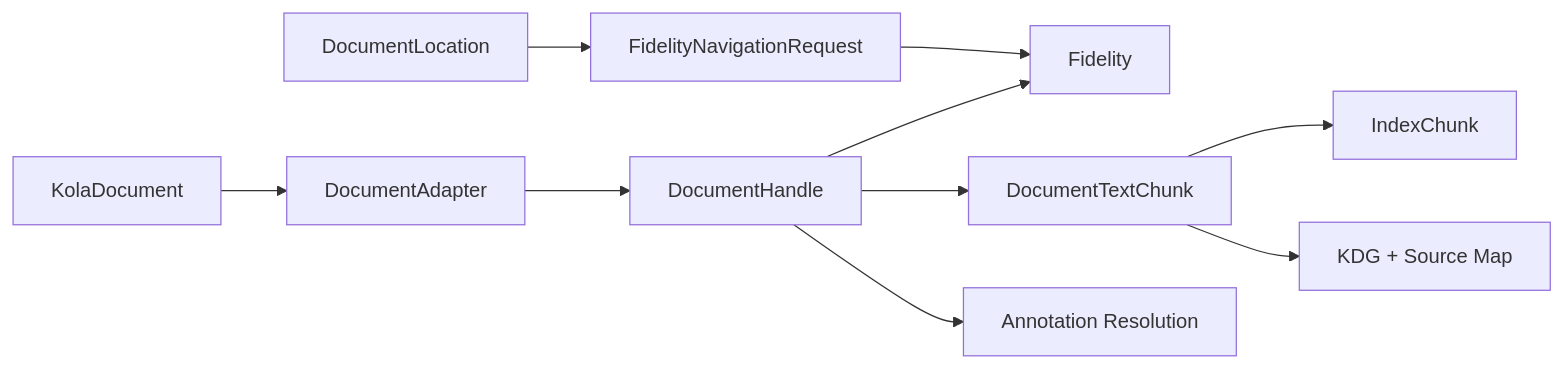
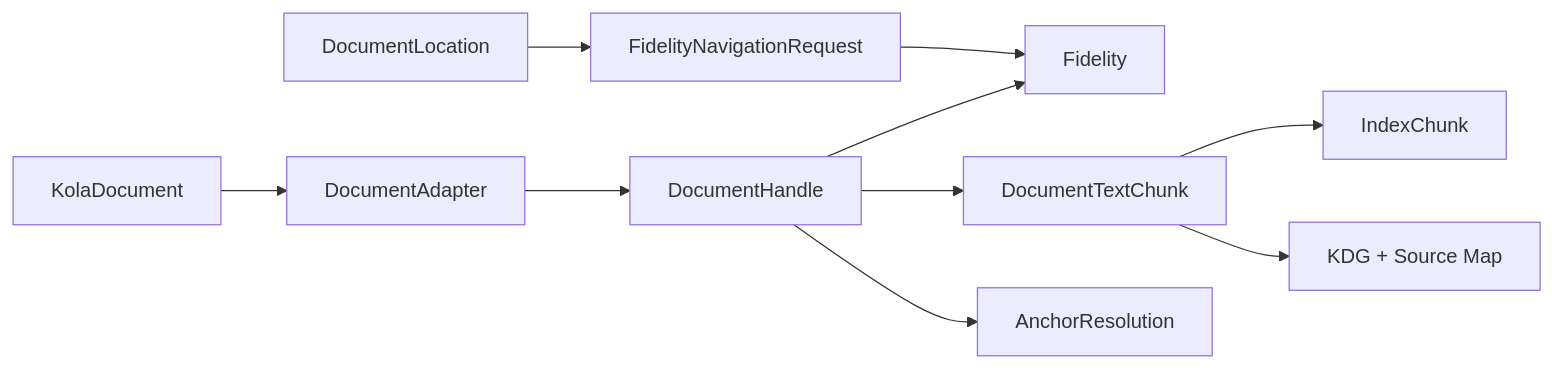
One commit to aaditya140103/kola changed diagram 11 of 15 in docs/PROJECT_GRAPH.md. Above: the diagram before and after it, drawn with Mermaid. The commit also changed other lines of this file, not shown here.

Commit message:
Document conservative anchor recovery flow

````diff
--- a/docs/PROJECT_GRAPH.md
+++ b/docs/PROJECT_GRAPH.md
@@ -179,10 +208,10 @@
 ```mermaid
 flowchart LR
     Doc[KolaDocument] --> Adapter[DocumentAdapter] --> Handle[DocumentHandle]
     Handle --> Fidelity[Fidelity]
     Handle --> Text[DocumentTextChunk]
     Text --> Index[IndexChunk]
     Text --> KDG[KDG + Source Map]
-    Handle --> Resolve[Annotation Resolution]
+    Handle --> Resolve[AnchorResolution]
     Location[DocumentLocation] --> Request[FidelityNavigationRequest] --> Fidelity
 ```
````
